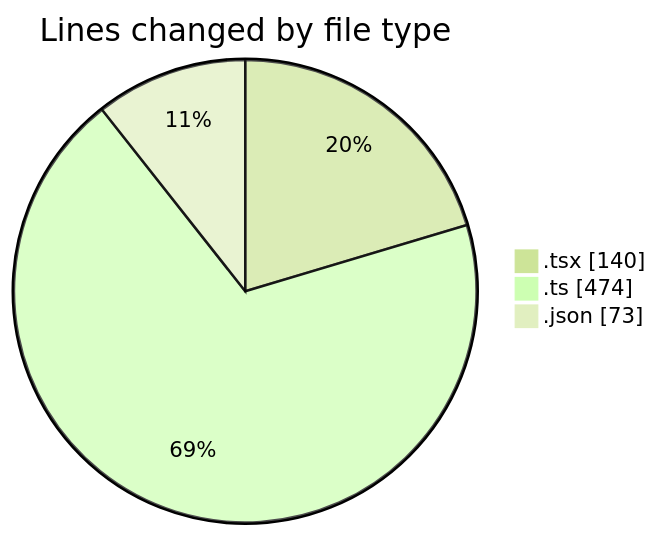
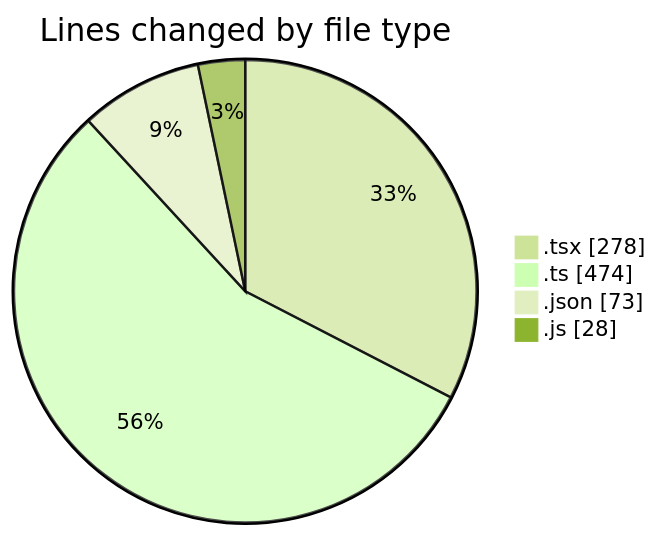
Before and after one commit to robertbonfada/code-tracking: the first of 2 diagrams in 2025-01-20/mbc-web/README.md, drawn with Mermaid (forest theme). The commit also changed other lines of this file and 1 other file, not shown here.

````diff
--- a/2025-01-20/mbc-web/README.md
+++ b/2025-01-20/mbc-web/README.md
@@ -25,7 +27,8 @@
 ```mermaid
 pie showData
 title Lines changed by file type
-".tsx" : 140
+".tsx" : 278
 ".ts" : 474
 ".json" : 73
+".js" : 28
 ```
````
